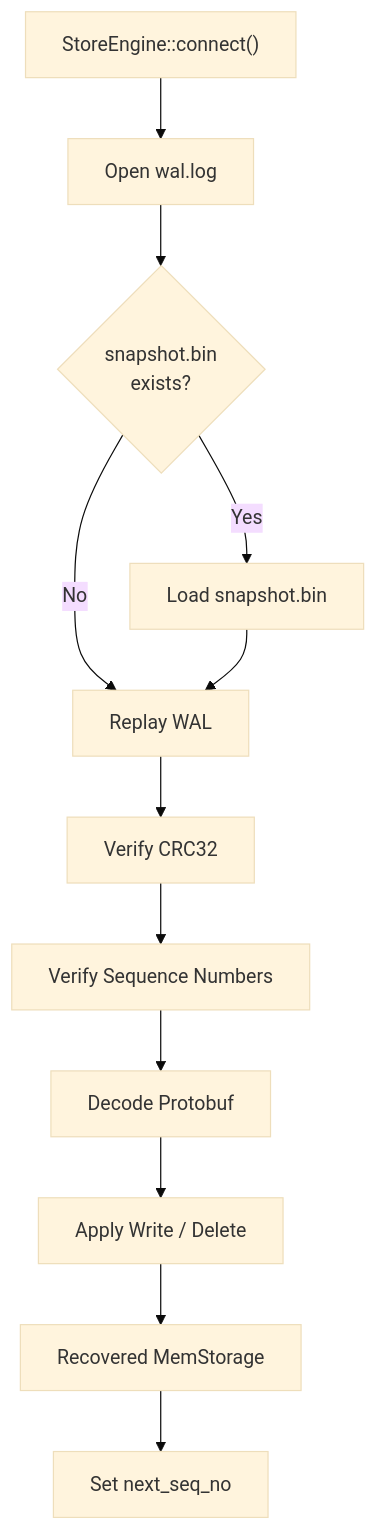
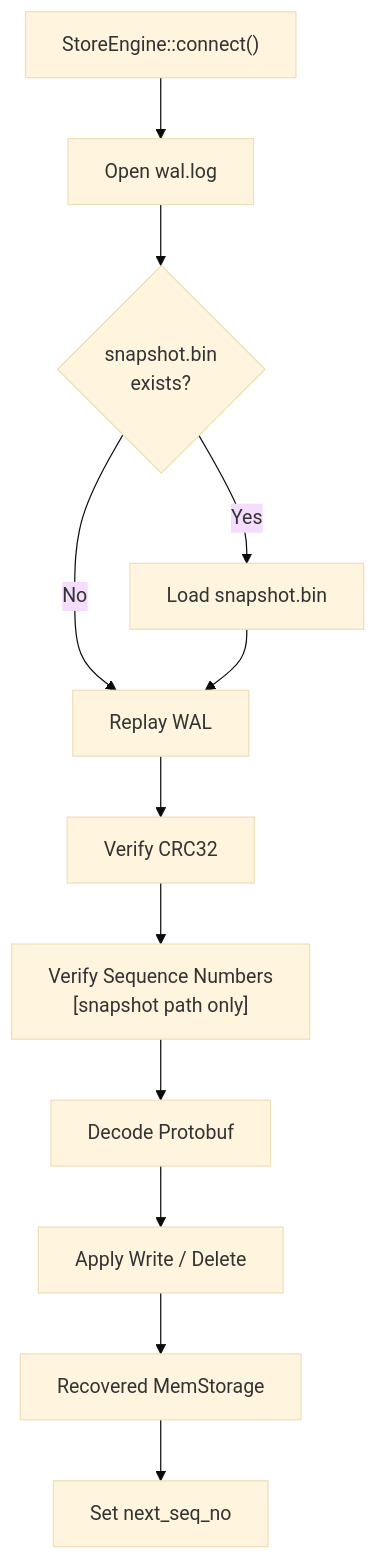
Before and after one commit to TheAmeySawant/Multithreaded_KV_Store: the fifth of 7 diagrams in README.md, drawn with Mermaid (base theme). The commit also changed other lines of this file, not shown here.

````diff
--- a/README.md
+++ b/README.md
@@ -527,39 +672,39 @@
 ```mermaid
 flowchart TB
 
     START["StoreEngine::connect()"]
 
     OPEN_WAL["Open wal.log"]
 
     CHECK{"snapshot.bin<br/>exists?"}
 
     LOAD["Load snapshot.bin"]
 
     REPLAY["Replay WAL"]
 
     CRC["Verify CRC32"]
 
-    SEQ["Verify Sequence Numbers"]
+    SEQ["Verify Sequence Numbers<br/>[snapshot path only]"]
 
     DECODE["Decode Protobuf"]
 
     APPLY["Apply Write / Delete"]
 
     STATE["Recovered MemStorage"]
 
     NEXT["Set next_seq_no"]
 
     START --> OPEN_WAL
     OPEN_WAL --> CHECK
 
     CHECK -->|Yes| LOAD
     CHECK -->|No| REPLAY
 
     LOAD --> REPLAY
     REPLAY --> CRC
     CRC --> SEQ
     SEQ --> DECODE
     DECODE --> APPLY
     APPLY --> STATE
     STATE --> NEXT
 ```
````
